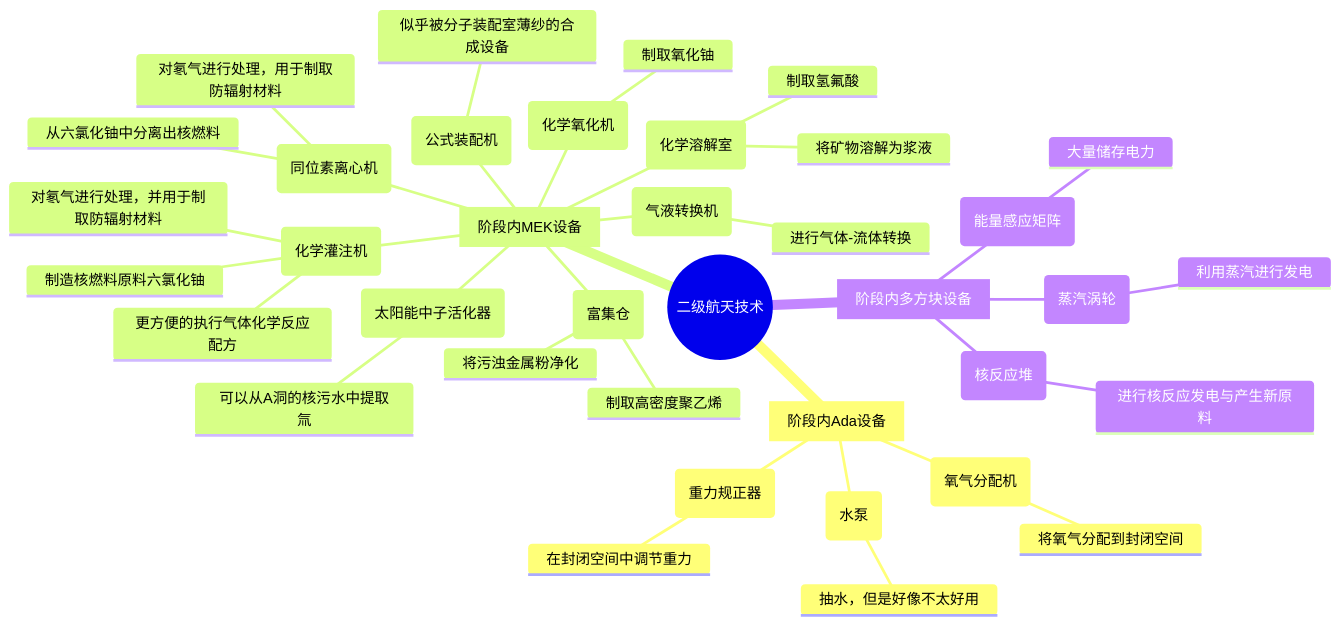
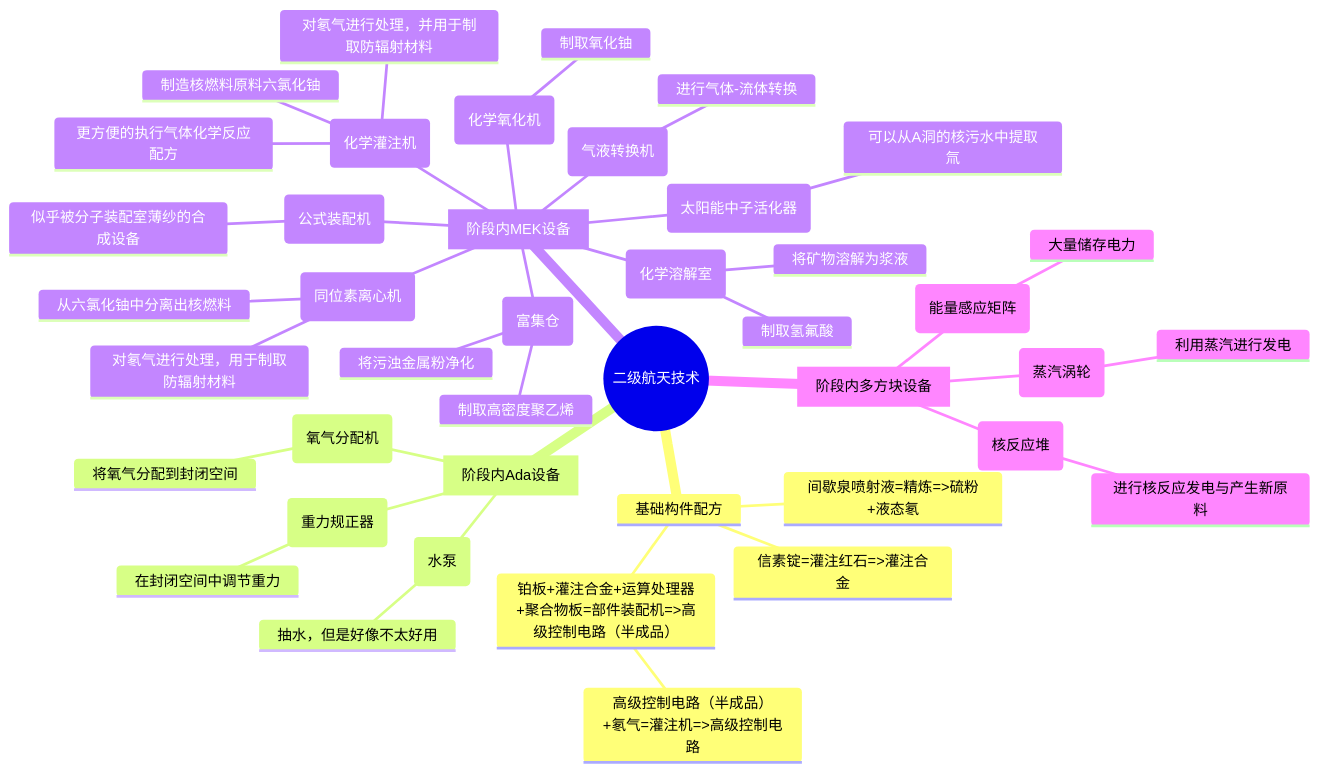
Before and after one commit to VechniMetel/CodeNameCIM2: the second of 4 diagrams in Developer/TechTreeMap.md, drawn with Mermaid. The commit also changed other lines of this file and 1 other file, not shown here.

````diff
--- a/Developer/TechTreeMap.md
+++ b/Developer/TechTreeMap.md
@@ -26,40 +34,45 @@
 ``` mermaid
 mindmap
     root((二级航天技术))
+        基础构件配方
+            信素锭=灌注红石=>灌注合金
+            间歇泉喷射液=精炼=>硫粉+液态氡
+            铂板+灌注合金+运算处理器+聚合物板=部件装配机=>高级控制电路（半成品）
+                高级控制电路（半成品）+氡气=灌注机=>高级控制电路
         [阶段内Ada设备]
             (水泵)
                 抽水，但是好像不太好用
             (氧气分配机)
                 将氧气分配到封闭空间
             (重力规正器)
                 在封闭空间中调节重力
         [阶段内MEK设备]
             (富集仓)
                 将污浊金属粉净化
                 制取高密度聚乙烯
             (公式装配机)
                 似乎被分子装配室薄纱的合成设备
             (化学灌注机)
                 更方便的执行气体化学反应配方
                 制造核燃料原料六氯化铀
                 对氡气进行处理，并用于制取防辐射材料
             (化学氧化机)
                 制取氧化铀
             (化学溶解室)
                 制取氢氟酸
                 将矿物溶解为浆液
             (同位素离心机)
                 从六氯化铀中分离出核燃料
                 对氡气进行处理，用于制取防辐射材料
             (气液转换机)
                 进行气体-流体转换
             (太阳能中子活化器)
                 可以从A洞的核污水中提取氚
         [阶段内多方块设备]
             (能量感应矩阵)
                 大量储存电力
             (蒸汽涡轮)
                 利用蒸汽进行发电
             (核反应堆)
                 进行核反应发电与产生新原料
 ```
````
